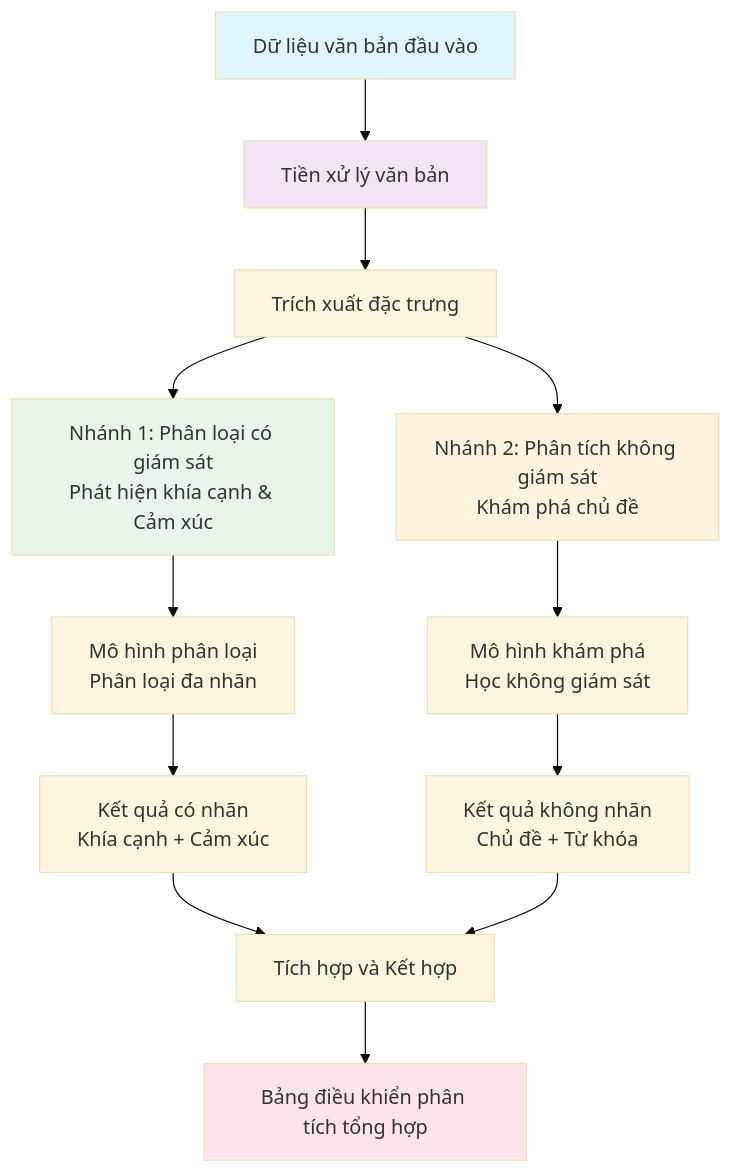
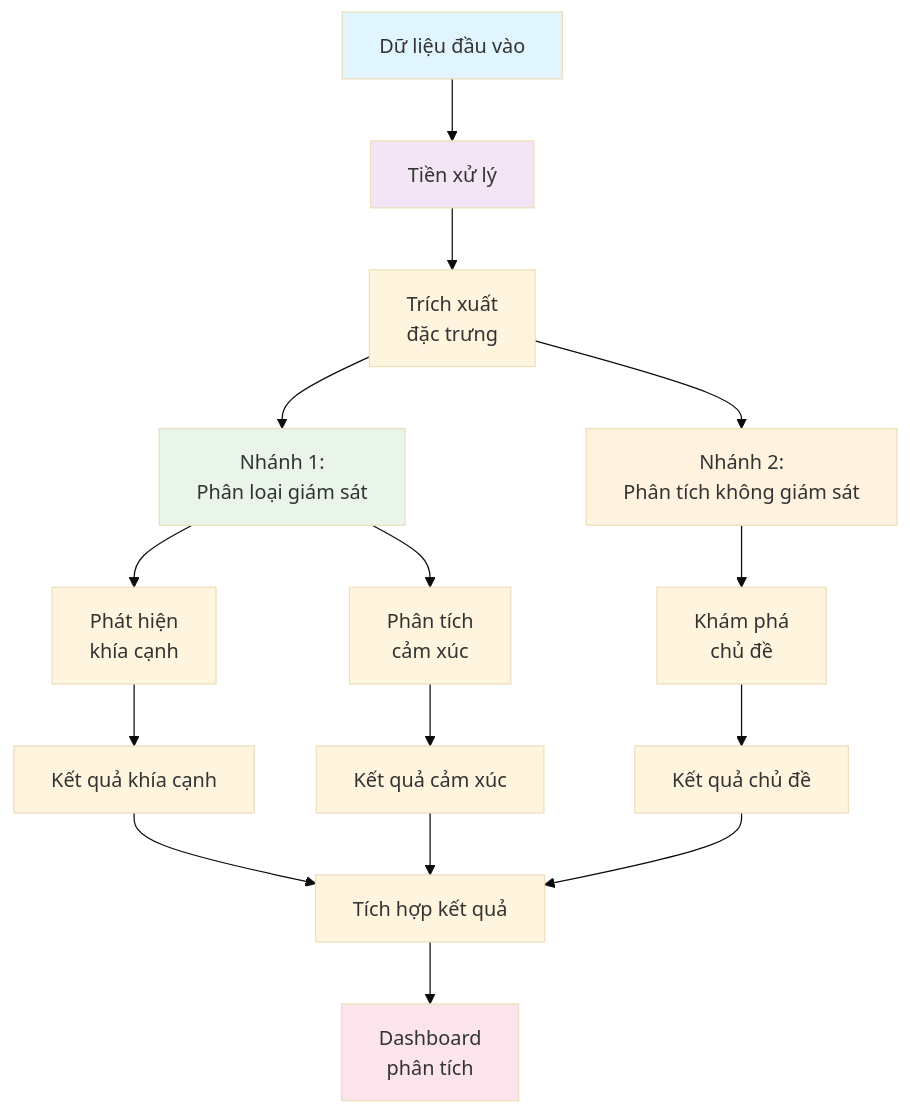
The first of 10 diagrams in docs/Phan_Tich_Tong_Quat/PhanTichBaiToan_AIThinking_ChuanHoa.MD (UIT-June-2025-Nhom-8/Project_AI_Thinking), drawn with Mermaid (base theme) before and after one commit. The commit also changed other lines of this file and 1 other file, not shown here.

Commit message:
update chart

````diff
--- a/docs/Phan_Tich_Tong_Quat/PhanTichBaiToan_AIThinking_ChuanHoa.MD
+++ b/docs/Phan_Tich_Tong_Quat/PhanTichBaiToan_AIThinking_ChuanHoa.MD
@@ -38,25 +38,28 @@
 ```mermaid
 flowchart TD
-    A[Dữ liệu văn bản đầu vào] --> B[Tiền xử lý văn bản]
-    B --> C[Trích xuất đặc trưng]
+    A[Dữ liệu đầu vào] --> B[Tiền xử lý]
+    B --> C[Trích xuất<br/>đặc trưng]
     
-    C --> D[Nhánh 1: Phân loại có giám sát<br/>Phát hiện khía cạnh & Cảm xúc]
-    C --> E[Nhánh 2: Phân tích không giám sát<br/>Khám phá chủ đề]
+    C --> D[Nhánh 1:<br/>Phân loại giám sát]
+    C --> E[Nhánh 2:<br/>Phân tích không giám sát]
     
-    D --> F[Mô hình phân loại<br/>Phân loại đa nhãn]
-    E --> G[Mô hình khám phá<br/>Học không giám sát]
+    D --> D1[Phát hiện<br/>khía cạnh]
+    D --> D2[Phân tích<br/>cảm xúc]
+    E --> G[Khám phá<br/>chủ đề]
     
-    F --> H[Kết quả có nhãn<br/>Khía cạnh + Cảm xúc]
-    G --> I[Kết quả không nhãn<br/>Chủ đề + Từ khóa]
+    D1 --> H[Kết quả khía cạnh]
+    D2 --> H1[Kết quả cảm xúc]
+    G --> I[Kết quả chủ đề]
     
-    H --> J[Tích hợp và Kết hợp]
+    H --> J[Tích hợp kết quả]
+    H1 --> J
     I --> J
     
-    J --> K[Bảng điều khiển phân tích tổng hợp]
+    J --> K[Dashboard<br/>phân tích]
     
     style A fill:#e1f5fe
     style B fill:#f3e5f5
     style D fill:#e8f5e8
     style E fill:#fff3e0
     style K fill:#fce4ec
 ```
````
